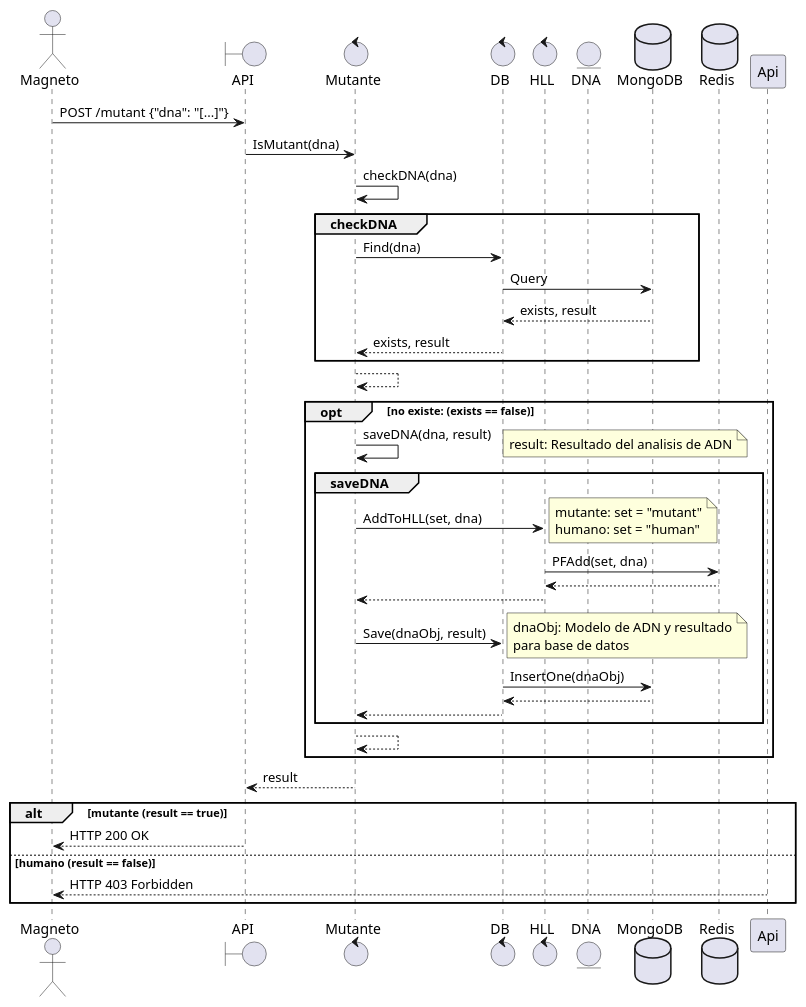
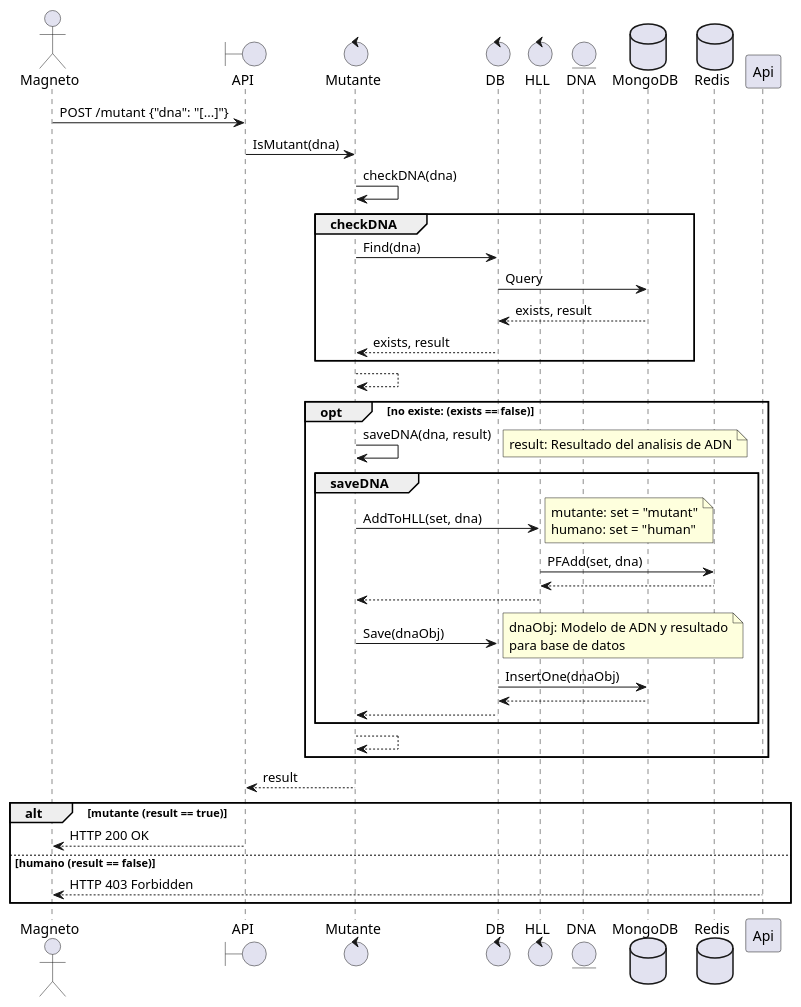
One commit to andresdb91/test-meli-magneto changed the diagram in secuencia.plantuml. Above: the diagram before and after it, drawn with PlantUML. The commit also changed 2 other files, not shown here.

```diff
--- a/secuencia.plantuml
+++ b/secuencia.plantuml
@@ -1,44 +1,44 @@
 @startuml secuencia
 actor Magneto
 boundary API
 control Mutante
 control DB
 control HLL
 entity DNA
 database MongoDB
 database Redis
 
 Magneto -> API: POST /mutant {"dna": "[...]"}
 API -> Mutante: IsMutant(dna)
 Mutante -> Mutante: checkDNA(dna)
 group checkDNA
     Mutante -> DB: Find(dna)
     DB -> MongoDB: Query
     MongoDB --> DB: exists, result
     DB --> Mutante: exists, result
 end
 Mutante --> Mutante
 opt no existe: (exists == false)
     Mutante -> Mutante: saveDNA(dna, result)
     note right: result: Resultado del analisis de ADN
     group saveDNA
         Mutante -> HLL: AddToHLL(set, dna)
         note right: mutante: set = "mutant"\nhumano: set = "human"
         HLL -> Redis: PFAdd(set, dna)
         Redis --> HLL
         HLL --> Mutante
-        Mutante -> DB: Save(dnaObj, result)
+        Mutante -> DB: Save(dnaObj)
         note right: dnaObj: Modelo de ADN y resultado\npara base de datos
         DB -> MongoDB: InsertOne(dnaObj)
         MongoDB --> DB
         DB --> Mutante
     end
     Mutante --> Mutante
 end
 Mutante --> API: result
 alt mutante (result == true)
     API --> Magneto: HTTP 200 OK
 else humano (result == false)
     Api --> Magneto: HTTP 403 Forbidden
 end
 @enduml
```
